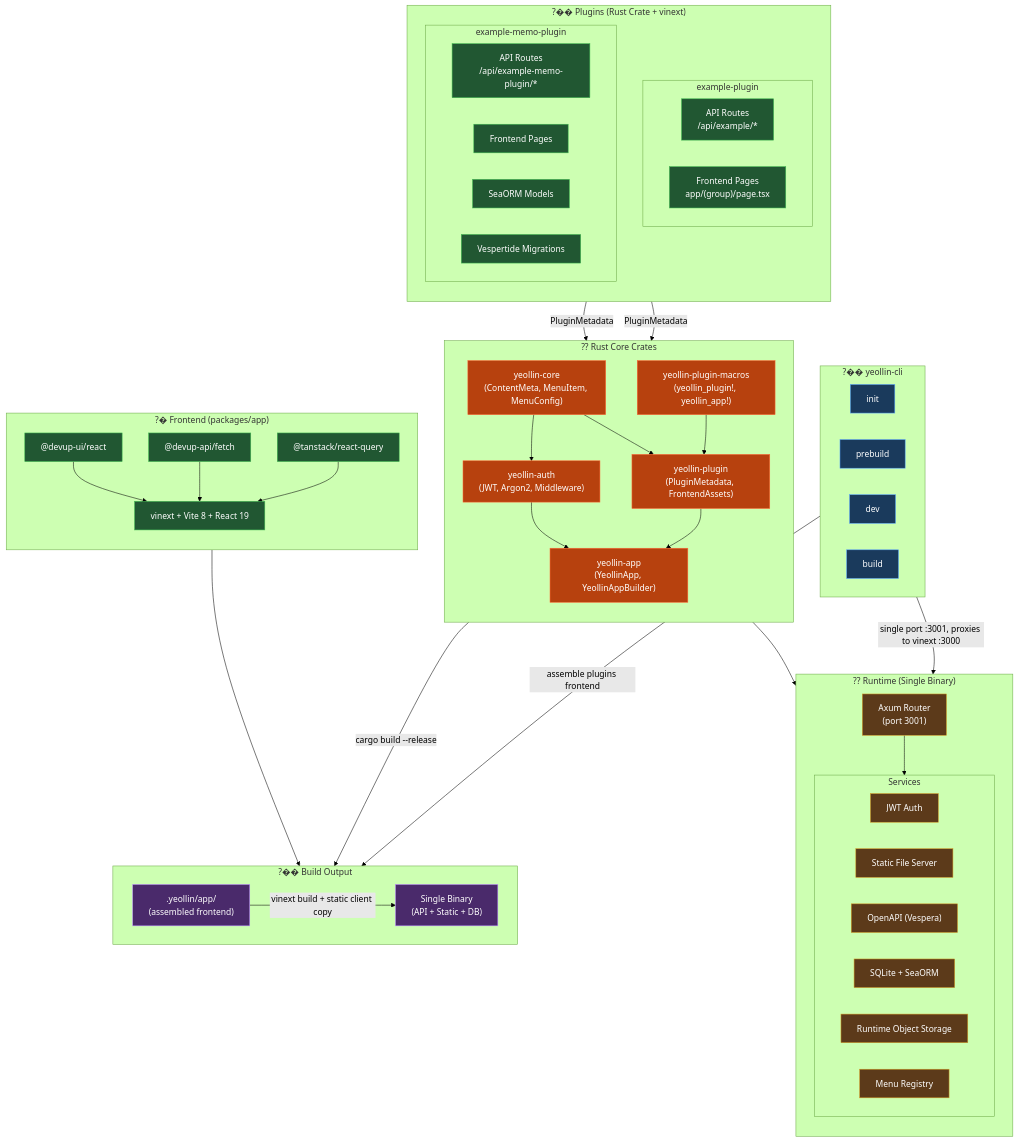
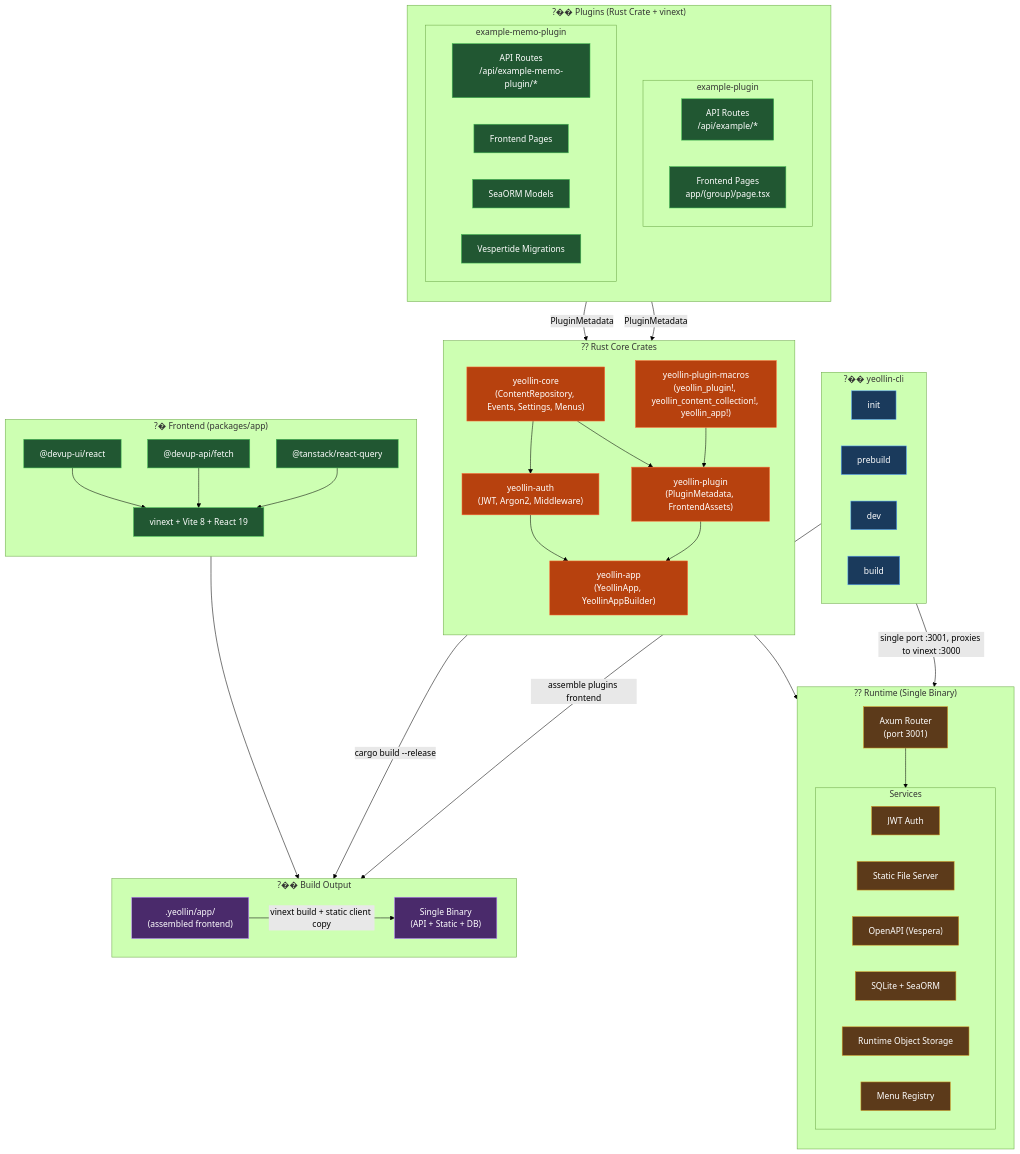
The diagram in docs/architecture.md (dev-five-git/yeollin-cms), drawn with Mermaid (forest theme) before and after one commit. The commit also changed other lines of this file and 3 other files, not shown here.

```diff
--- a/docs/architecture.md
+++ b/docs/architecture.md
@@ -16,10 +16,10 @@
 
     subgraph CoreCrates["?? Rust Core Crates"]
         direction TB
-        core["yeollin-core<br/>(ContentMeta, MenuItem, MenuConfig)"]
+        core["yeollin-core<br/>(ContentRepository, Events, Settings, Menus)"]
         auth["yeollin-auth<br/>(JWT, Argon2, Middleware)"]
         pluginLib["yeollin-plugin<br/>(PluginMetadata, FrontendAssets)"]
-        macros["yeollin-plugin-macros<br/>(yeollin_plugin!, yeollin_app!)"]
+        macros["yeollin-plugin-macros<br/>(yeollin_plugin!, yeollin_content_collection!, yeollin_app!)"]
         appLib["yeollin-app<br/>(YeollinApp, YeollinAppBuilder)"]
     end
 
```
